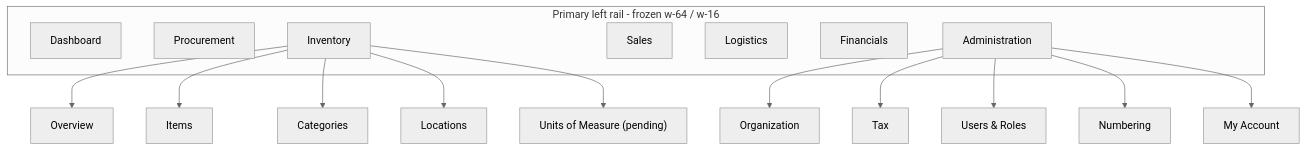
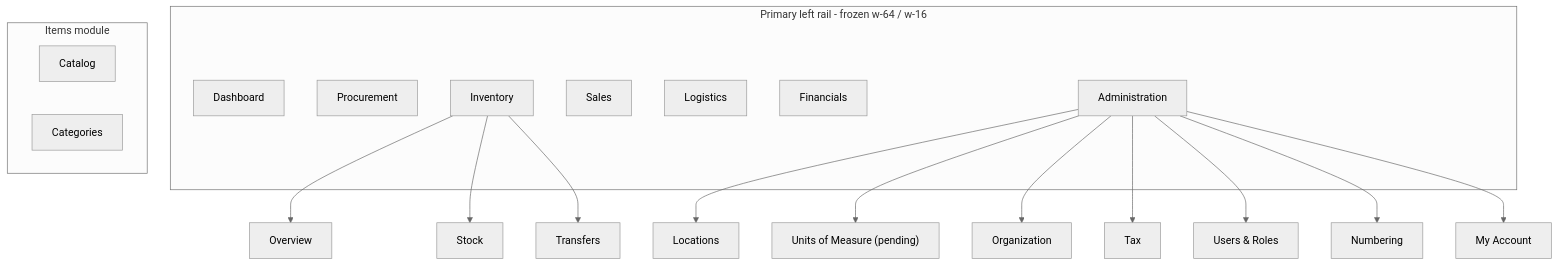
The first of 2 diagrams in docs/NAVIGATION.md (itspali/AIB), drawn with Mermaid (neutral theme) before and after one commit. The commit also changed other lines of this file and 6 other files, not shown here.

````diff
--- a/docs/NAVIGATION.md
+++ b/docs/NAVIGATION.md
@@ -36,24 +34,30 @@
 ```mermaid
 flowchart TB
   subgraph rail [Primary left rail - frozen w-64 / w-16]
     D[Dashboard]
     P[Procurement]
     I[Inventory]
     S[Sales]
     L[Logistics]
     F[Financials]
     A[Administration]
   end
 
   I --> Ihome[Overview]
-  I --> Iitems[Items]
-  I --> Icat[Categories]
-  I --> Iloc[Locations]
-  I --> Iuom["Units of Measure (pending)"]
+  I --> Istock[Stock]
+  I --> Ixfer[Transfers]
+
+  subgraph itemsMod [Items module]
+    It[Catalog]
+    Icat[Categories]
+  end
+
+  A --> Aloc[Locations]
+  A --> Auom["Units of Measure (pending)"]
 
   A --> Aorg[Organization]
   A --> Atax[Tax]
   A --> Ausers["Users & Roles"]
   A --> Anum[Numbering]
   A --> Aacct[My Account]
 ```
````
